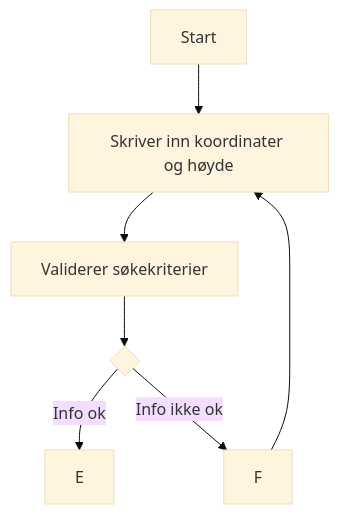
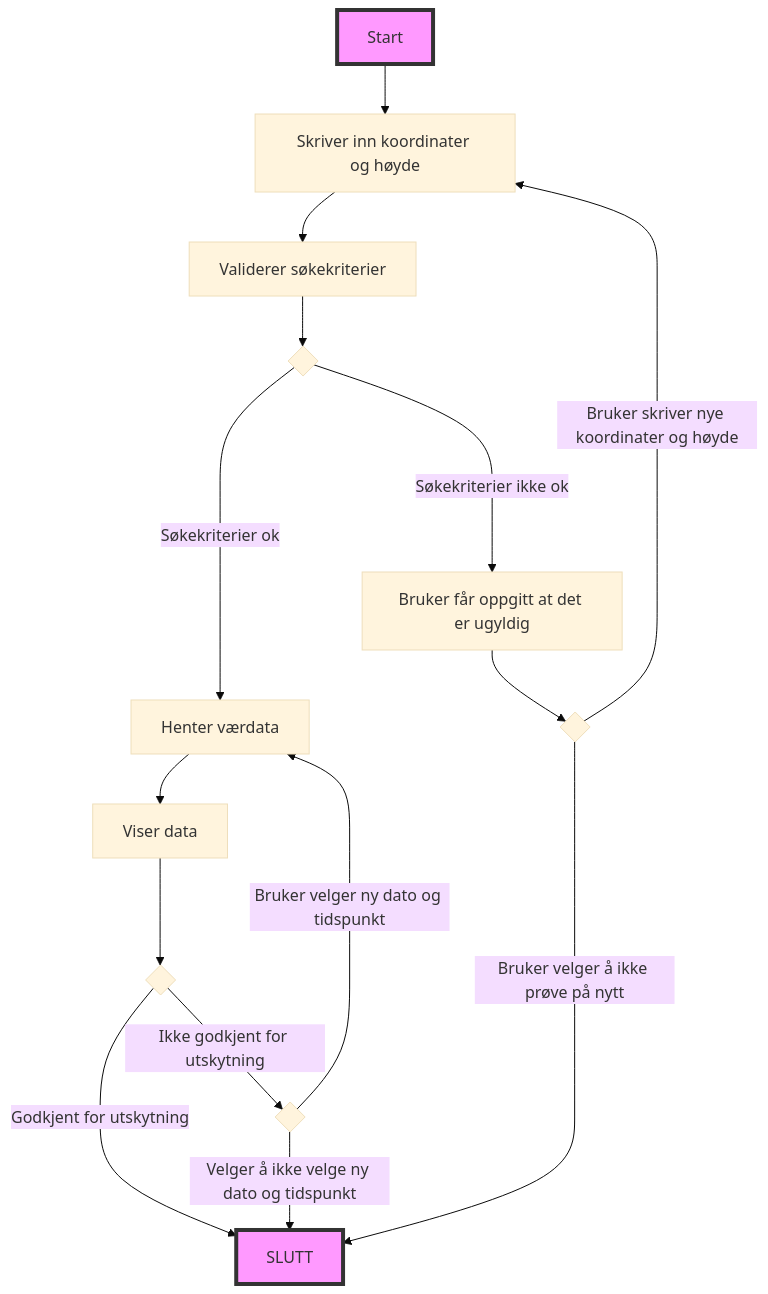
One commit to Nithusan2002/LiftOff changed the second of 2 diagrams in MODELING.md. Above: the diagram before and after it, drawn with Mermaid (base theme). The commit also changed other lines of this file, not shown here.

Commit message:
Updating aktivity diagram

````diff
--- a/MODELING.md
+++ b/MODELING.md
@@ -60,8 +61,21 @@
 ``` mermaid
 flowchart TD
+    style A fill:#f9f,stroke:#333,stroke-width:4px
+    style Å fill:#f9f,stroke:#333,stroke-width:4px
+
     A[Start] --> B[Skriver inn koordinater og høyde]
     B -->C[Validerer søkekriterier]
     C --> D{ }
-    D --> |Info ok| E
-    D --> |Info ikke ok| F --> B
+    D ----> |Søkekriterier ok| E[Henter værdata]
+    D ---> |Søkekriterier ikke ok| F[Bruker får oppgitt at det er ugyldig] 
+    F --> M{ }
+    M --> |Bruker skriver nye koordinater og høyde| B
+    M --> |Bruker velger å ikke prøve på nytt| Å
+    E --> G[Viser data] --> H{ }
+    H --> |Godkjent for utskytning| Å
+    H --> |Ikke godkjent for utskytning| K{ }
+    K --> |Bruker velger ny dato og tidspunkt| E
+    K --> |Velger å ikke velge ny dato og tidspunkt|Å
+
+    Å[SLUTT]
 ```
````
